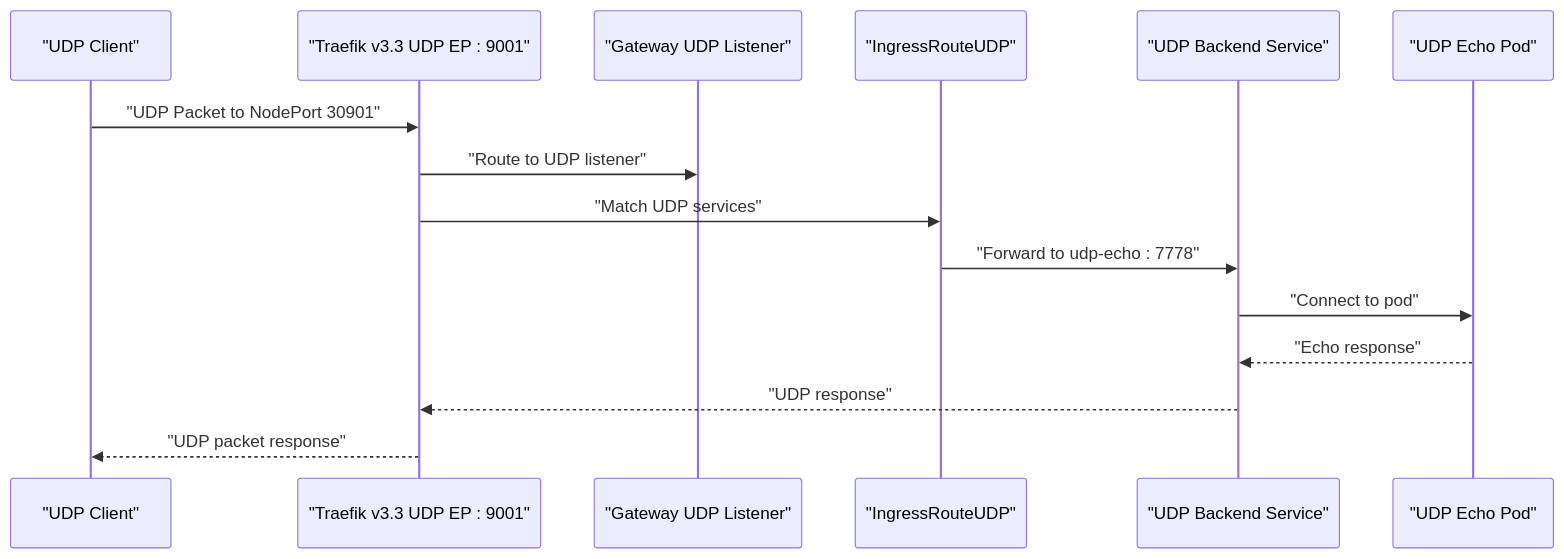
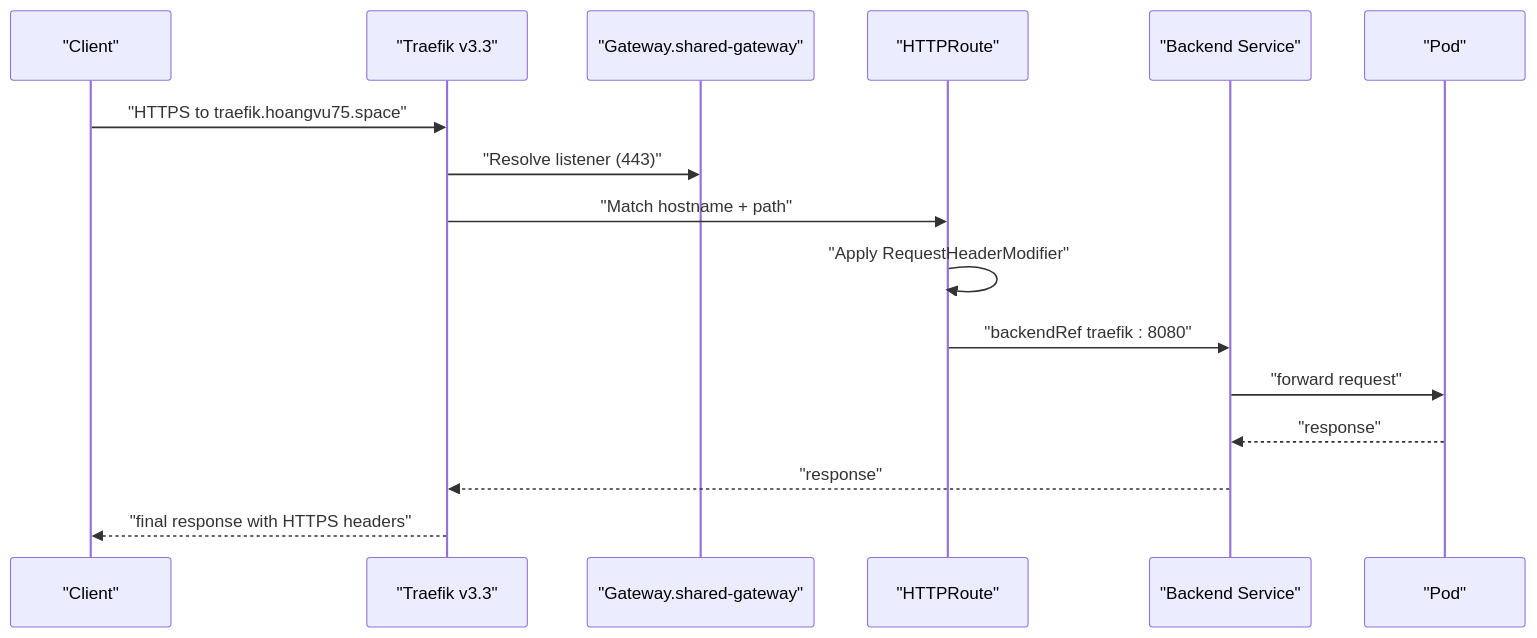
The fifth of 6 diagrams in .qoder/repowiki/en/content/Infrastructure Applications/Gateway API Controller.md (Hoangvu75/k8s_manifest), drawn with Mermaid before and after one commit. The commit also changed other lines of this file and 31 other files, not shown here.

````diff
--- a/.qoder/repowiki/en/content/Infrastructure Applications/Gateway API Controller.md
+++ b/.qoder/repowiki/en/content/Infrastructure Applications/Gateway API Controller.md
@@ -270,17 +250,18 @@
 ```mermaid
 sequenceDiagram
-participant Client as "UDP Client"
-participant Traefik as "Traefik v3.3 UDP EP : 9001"
-participant Gateway as "Gateway UDP Listener"
-participant Route as "IngressRouteUDP"
-participant Service as "UDP Backend Service"
-participant Pod as "UDP Echo Pod"
-Client->>Traefik : "UDP Packet to NodePort 30901"
-Traefik->>Gateway : "Route to UDP listener"
-Traefik->>Route : "Match UDP services"
-Route->>Service : "Forward to udp-echo : 7778"
-Service->>Pod : "Connect to pod"
-Pod-->>Service : "Echo response"
-Service-->>Traefik : "UDP response"
-Traefik-->>Client : "UDP packet response"
+participant Client as "Client"
+participant Traefik as "Traefik v3.3"
+participant Gateway as "Gateway.shared-gateway"
+participant Route as "HTTPRoute"
+participant Service as "Backend Service"
+participant Pod as "Pod"
+Client->>Traefik : "HTTPS to traefik.hoangvu75.space"
+Traefik->>Gateway : "Resolve listener (443)"
+Traefik->>Route : "Match hostname + path"
+Route->>Route : "Apply RequestHeaderModifier"
+Route->>Service : "backendRef traefik : 8080"
+Service->>Pod : "forward request"
+Pod-->>Service : "response"
+Service-->>Traefik : "response"
+Traefik-->>Client : "final response with HTTPS headers"
 ```
````
